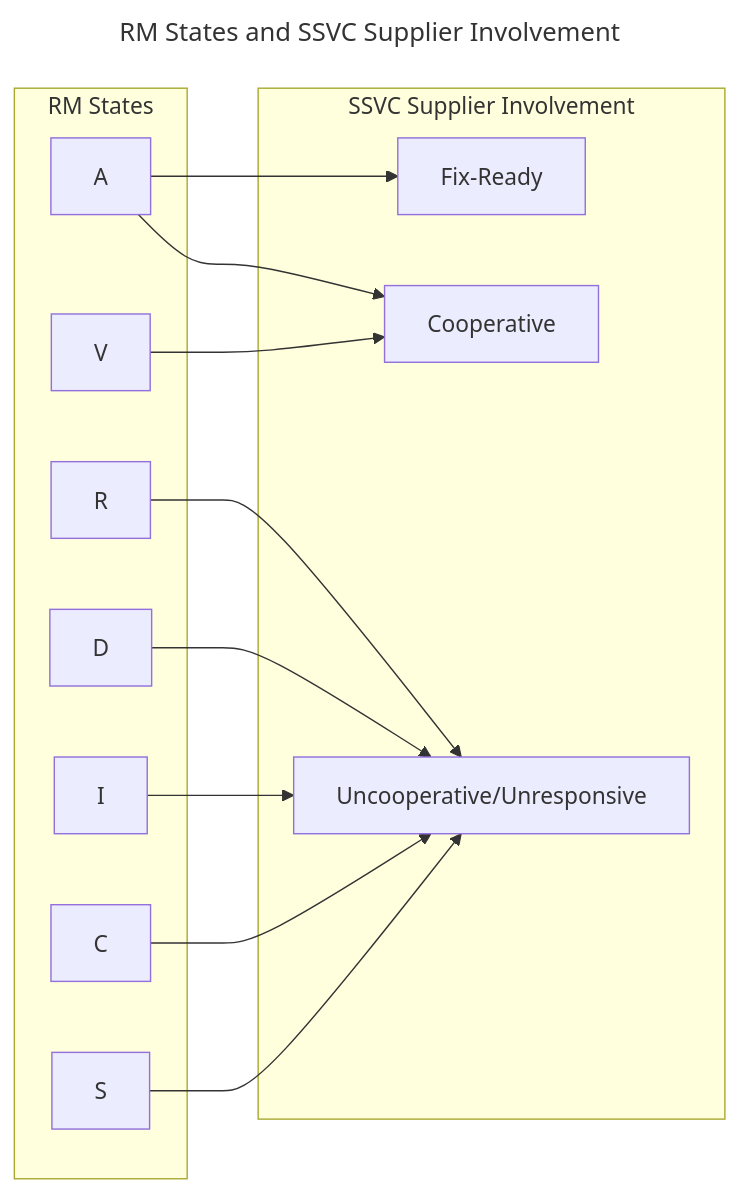
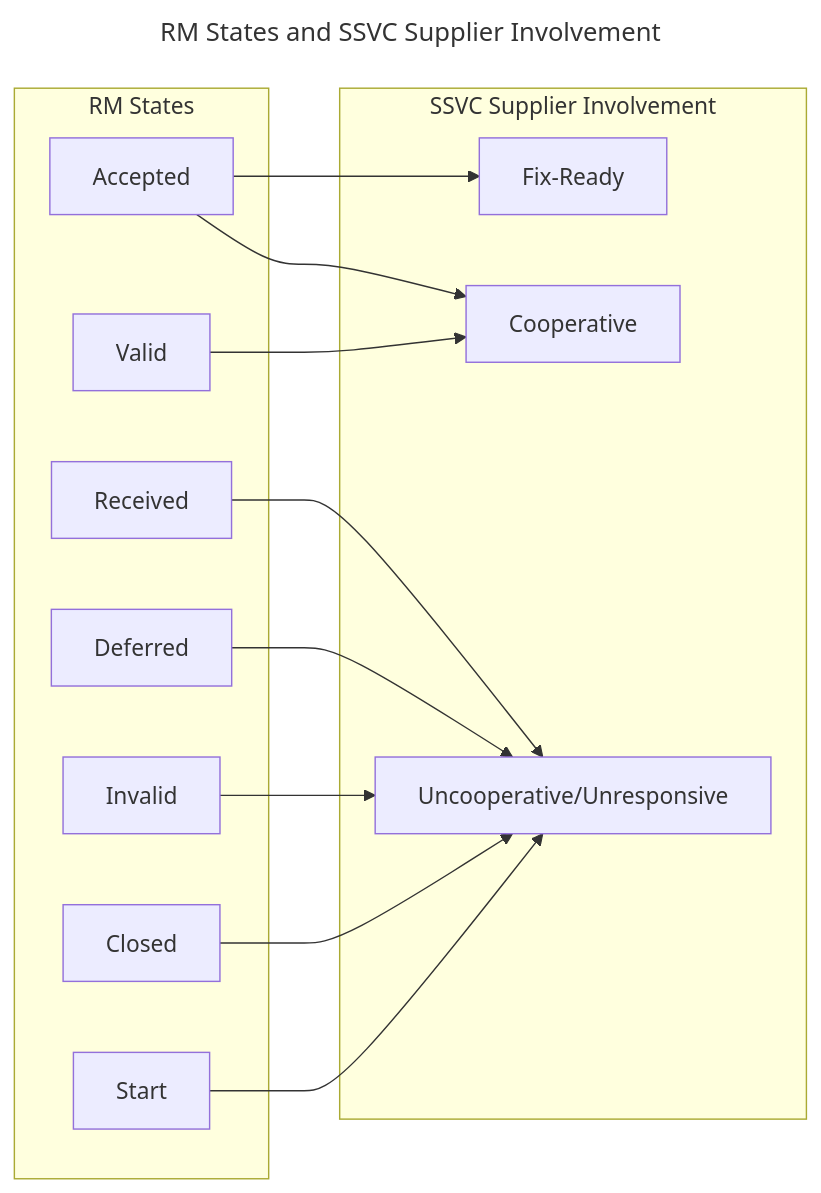
The second of 2 diagrams in docs/reference/ssvc_crosswalk.md (CERTCC/Vultron), drawn with Mermaid before and after one commit. The commit also changed other lines of this file, not shown here.

````diff
--- a/docs/reference/ssvc_crosswalk.md
+++ b/docs/reference/ssvc_crosswalk.md
@@ -299,29 +267,29 @@
 ```mermaid
 ---
 title: "RM States and SSVC Supplier Involvement"
 ---
 graph LR
     subgraph rm_states[RM States]
-        S
-        R
-        I
-        V
-        D
-        A
-        C
+        S[Start]
+        R[Received]
+        I[Invalid]
+        V[Valid]
+        D[Deferred]
+        A[Accepted]
+        C[Closed]
     end
 
     subgraph ssvc_si[SSVC Supplier Involvement]
         fr[Fix-Ready]
         co[Cooperative]
         un[Uncooperative/Unresponsive]
     end
     A --> fr
     A --> co
     V --> co
     R --> un
     D --> un
     I --> un
     C --> un
     S --> un
 ```
````
